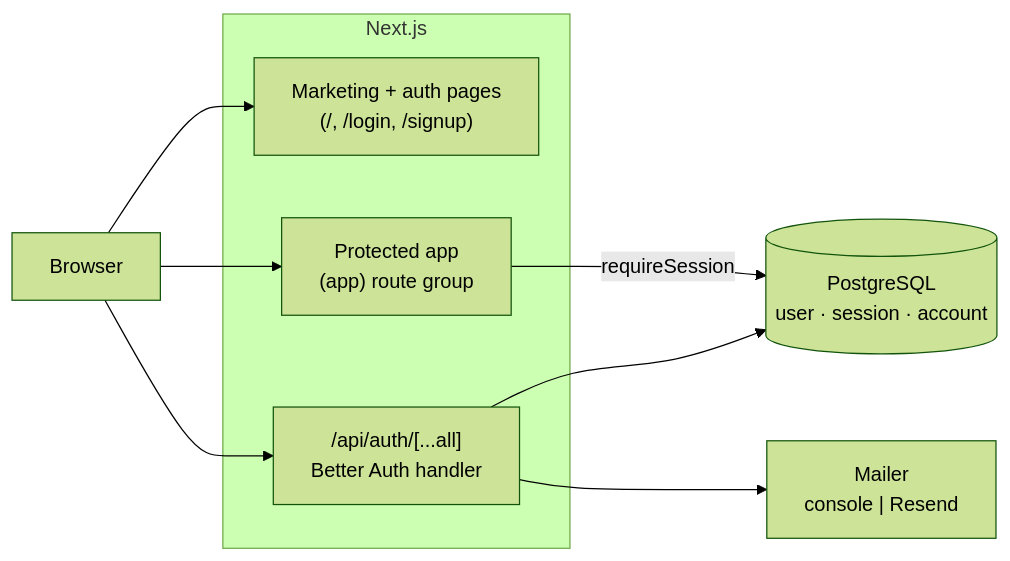
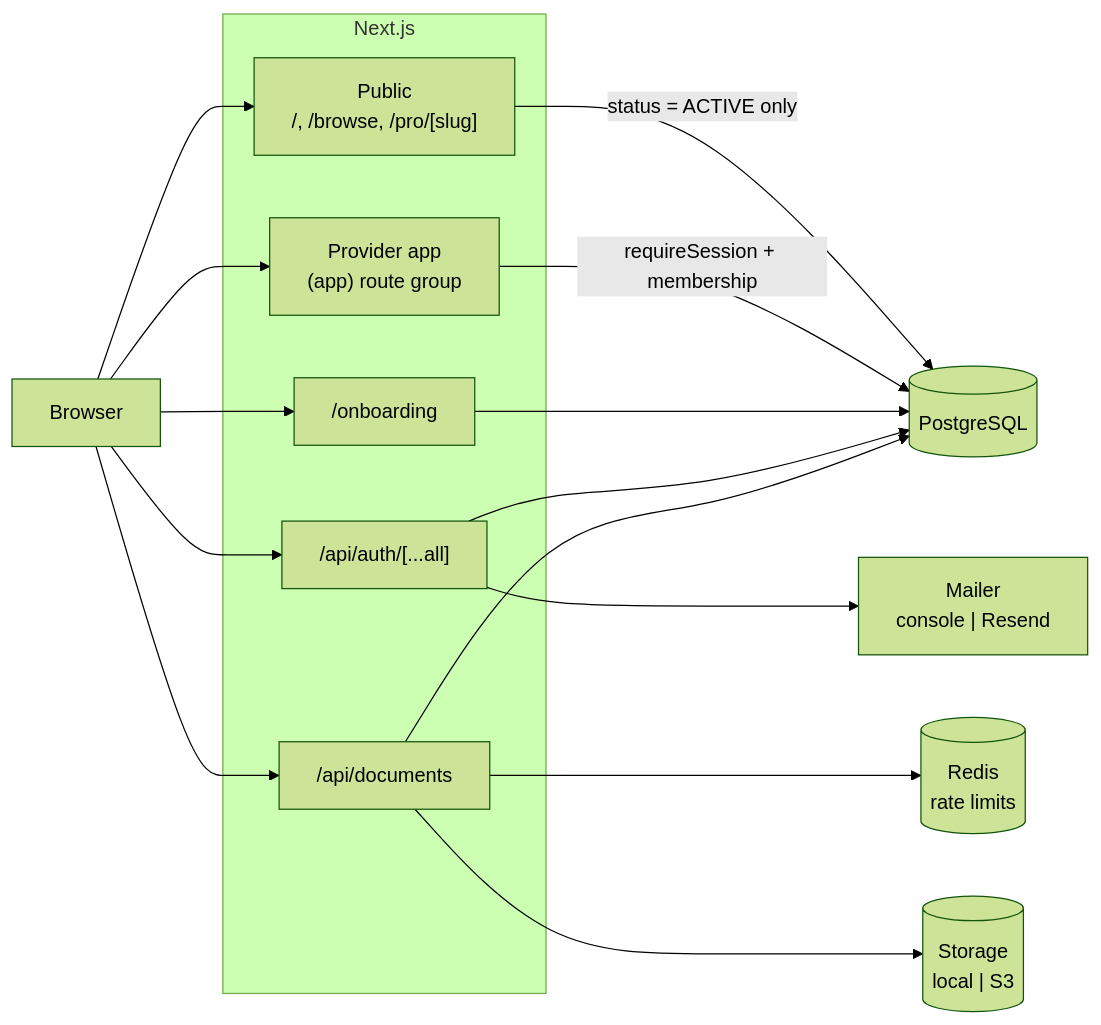
The first of 2 diagrams in docs/architecture.md (ksxngh/roost), drawn with Mermaid (forest theme) before and after one commit. The commit also changed other lines of this file and 36 other files, not shown here.

````diff
--- a/docs/architecture.md
+++ b/docs/architecture.md
@@ -9,18 +9,29 @@
 ```mermaid
 flowchart LR
     U[Browser]
     subgraph "Next.js"
-        M["Marketing + auth pages\n(/, /login, /signup)"]
-        A["Protected app\n(app) route group"]
-        H["/api/auth/[...all]\nBetter Auth handler"]
+        P["Public\n/, /browse, /pro/[slug]"]
+        A["Provider app\n(app) route group"]
+        O["/onboarding"]
+        H["/api/auth/[...all]"]
+        D["/api/documents"]
     end
-    DB[("PostgreSQL\nuser · session · account")]
+    DB[("PostgreSQL")]
+    R[("Redis\nrate limits")]
+    S3[("Storage\nlocal | S3")]
     MAIL["Mailer\nconsole | Resend"]
 
-    U --> M
+    U --> P
     U --> A
+    U --> O
     U --> H
-    A -->|requireSession| DB
+    U --> D
+    P -->|status = ACTIVE only| DB
+    A -->|requireSession + membership| DB
+    O --> DB
     H --> DB
     H --> MAIL
+    D --> R
+    D --> DB
+    D --> S3
 ```
````
